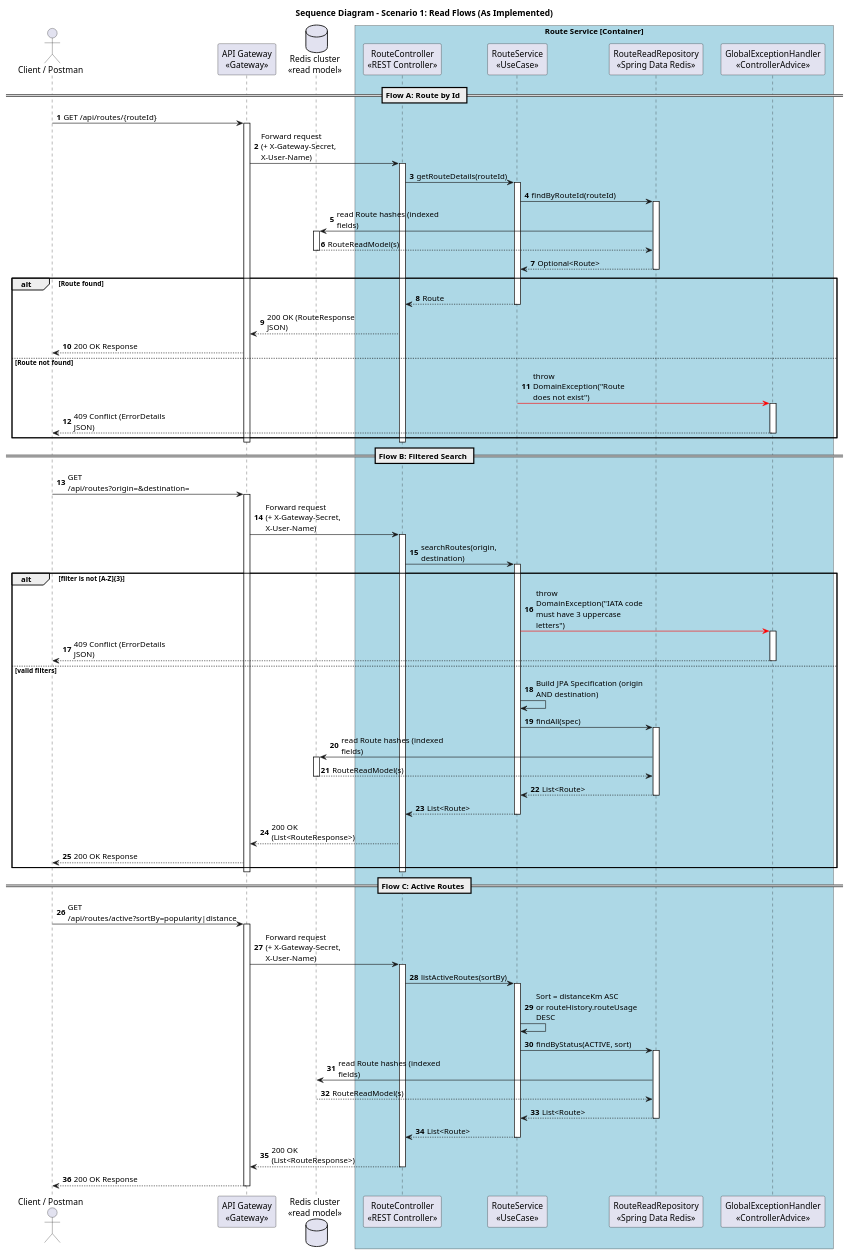
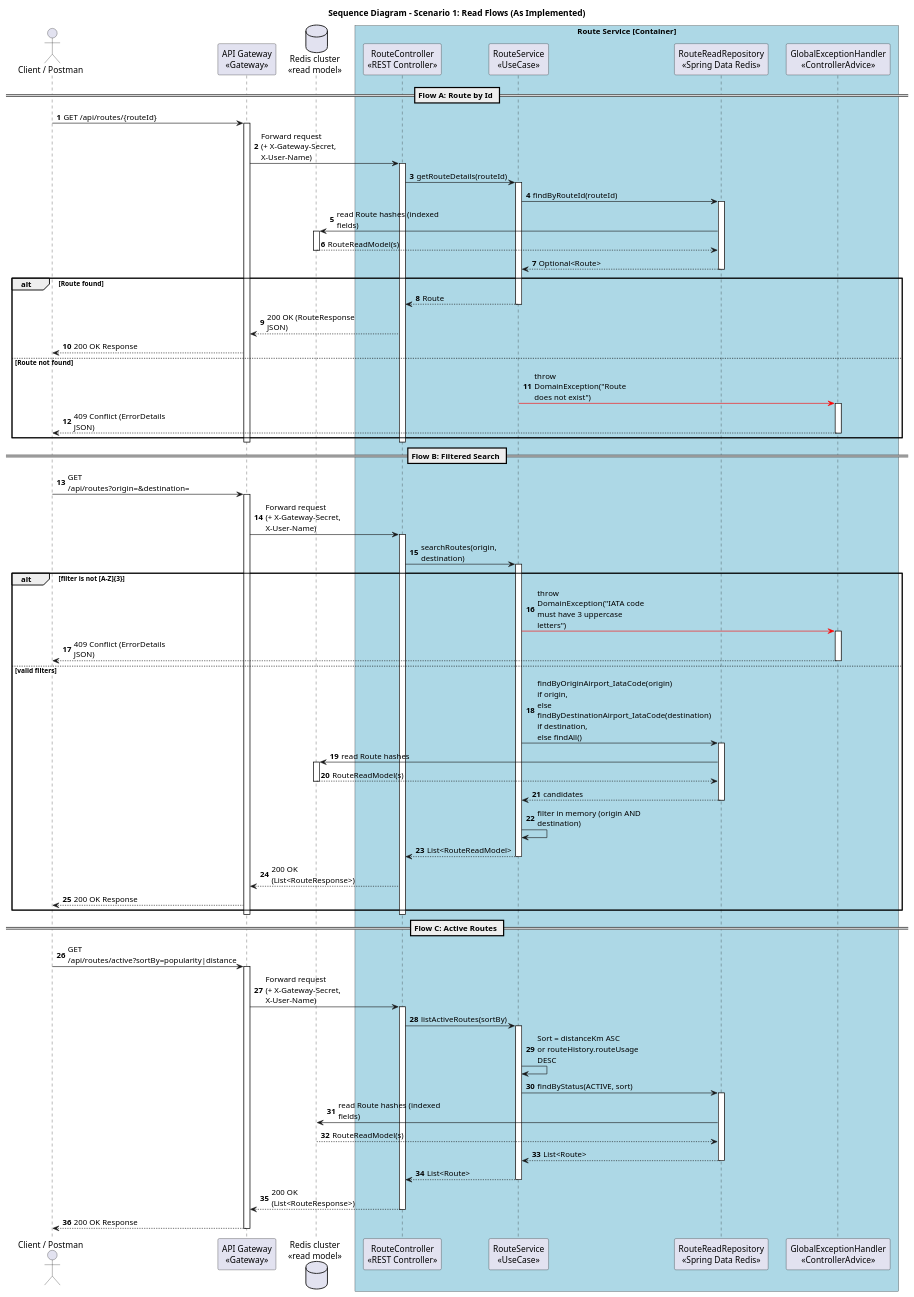
One commit to 8126Lucas/SIDIS_G6_3DA changed the diagram in route-service/docs/sequence-diagrams/scenario-1-query-routes.puml. Above: the diagram before and after it, drawn with PlantUML. The commit also changed 38 other files, not shown here.

```diff
--- a/route-service/docs/sequence-diagrams/scenario-1-query-routes.puml
+++ b/route-service/docs/sequence-diagrams/scenario-1-query-routes.puml
@@ -1,116 +1,116 @@
 @startuml
 skinparam responseMessageBelowArrow true
 skinparam maxMessageSize 180
 skinparam boxPadding 10
 skinparam participantPadding 10
 skinparam shadowing false
 
 title Sequence Diagram - Scenario 1: Read Flows (As Implemented)
 
 autonumber
 
 actor "Client / Postman" as client
 participant "API Gateway\n<<Gateway>>" as gateway
 participant "RouteController\n<<REST Controller>>" as controller
 participant "RouteService\n<<UseCase>>" as route_uc
 participant "RouteReadRepository\n<<Spring Data Redis>>" as repo
 database "Redis cluster\n<<read model>>" as db
 participant "GlobalExceptionHandler\n<<ControllerAdvice>>" as exception_handler
 
 box "Route Service [Container]" #LightBlue
     participant controller
     participant route_uc
     participant repo
     participant exception_handler
 end box
 
 == Flow A: Route by Id ==
 
 client -> gateway : GET /api/routes/{routeId}
 activate gateway
 gateway -> controller : Forward request\n(+ X-Gateway-Secret, X-User-Name)
 activate controller
 
 controller -> route_uc : getRouteDetails(routeId)
 activate route_uc
 route_uc -> repo : findByRouteId(routeId)
 activate repo
 repo -> db : read Route hashes (indexed fields)
 activate db
 db --> repo : RouteReadModel(s)
 deactivate db
 repo --> route_uc : Optional<Route>
 deactivate repo
 
 alt Route found
     route_uc --> controller : Route
     deactivate route_uc
     controller --> gateway : 200 OK (RouteResponse JSON)
     gateway --> client : 200 OK Response
 else Route not found
     route_uc -[#red]> exception_handler : throw DomainException("Route does not exist")
     activate exception_handler
     exception_handler --> client : 409 Conflict (ErrorDetails JSON)
     deactivate exception_handler
 end
 deactivate controller
 deactivate gateway
 
 == Flow B: Filtered Search ==
 
 client -> gateway : GET /api/routes?origin=&destination=
 activate gateway
 gateway -> controller : Forward request\n(+ X-Gateway-Secret, X-User-Name)
 activate controller
 
 controller -> route_uc : searchRoutes(origin, destination)
 activate route_uc
 
 alt filter is not [A-Z]{3}
     route_uc -[#red]> exception_handler : throw DomainException("IATA code must have 3 uppercase letters")
     activate exception_handler
     exception_handler --> client : 409 Conflict (ErrorDetails JSON)
     deactivate exception_handler
 else valid filters
-    route_uc -> route_uc : Build JPA Specification (origin AND destination)
-    route_uc -> repo : findAll(spec)
+    route_uc -> repo : findByOriginAirport_IataCode(origin) if origin,\nelse findByDestinationAirport_IataCode(destination) if destination,\nelse findAll()
     activate repo
-    repo -> db : read Route hashes (indexed fields)
+    repo -> db : read Route hashes
     activate db
     db --> repo : RouteReadModel(s)
     deactivate db
-    repo --> route_uc : List<Route>
+    repo --> route_uc : candidates
     deactivate repo
-    route_uc --> controller : List<Route>
+    route_uc -> route_uc : filter in memory (origin AND destination)
+    route_uc --> controller : List<RouteReadModel>
     deactivate route_uc
     controller --> gateway : 200 OK (List<RouteResponse>)
     gateway --> client : 200 OK Response
 end
 deactivate controller
 deactivate gateway
 
 == Flow C: Active Routes ==
 
 client -> gateway : GET /api/routes/active?sortBy=popularity|distance
 activate gateway
 gateway -> controller : Forward request\n(+ X-Gateway-Secret, X-User-Name)
 activate controller
 
 controller -> route_uc : listActiveRoutes(sortBy)
 activate route_uc
 route_uc -> route_uc : Sort = distanceKm ASC\nor routeHistory.routeUsage DESC
 route_uc -> repo : findByStatus(ACTIVE, sort)
 activate repo
 repo -> db : read Route hashes (indexed fields)
 db --> repo : RouteReadModel(s)
 repo --> route_uc : List<Route>
 deactivate repo
 route_uc --> controller : List<Route>
 deactivate route_uc
 
 controller --> gateway : 200 OK (List<RouteResponse>)
 deactivate controller
 gateway --> client : 200 OK Response
 deactivate gateway
 
 @enduml
```
